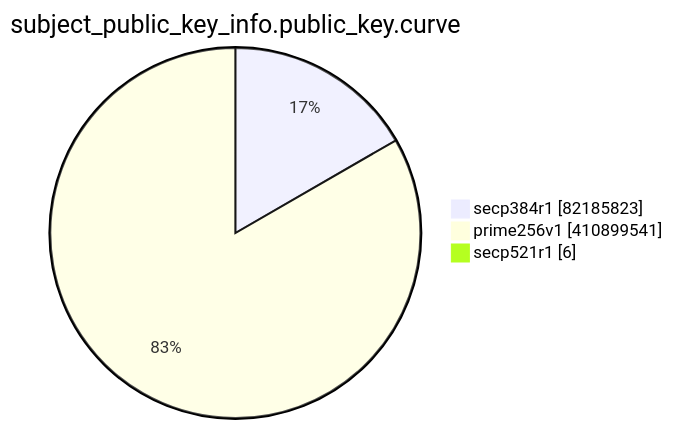
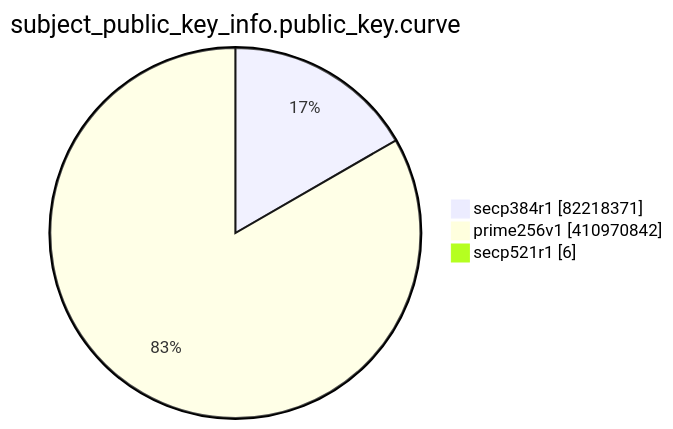
Before and after one commit to christiankrug/ctmonitor_visualization: the eighth of 15 diagrams in TOTAL/README.md, drawn with Mermaid. The commit also changed other lines of this file, not shown here.

````diff
--- a/TOTAL/README.md
+++ b/TOTAL/README.md
@@ -3096,7 +3096,7 @@
 ```mermaid
 pie showData
 title subject_public_key_info.public_key.curve
-"secp384r1" :82185823
-"prime256v1" :410899541
+"secp384r1" :82218371
+"prime256v1" :410970842
 "secp521r1" :6
 ```
````
